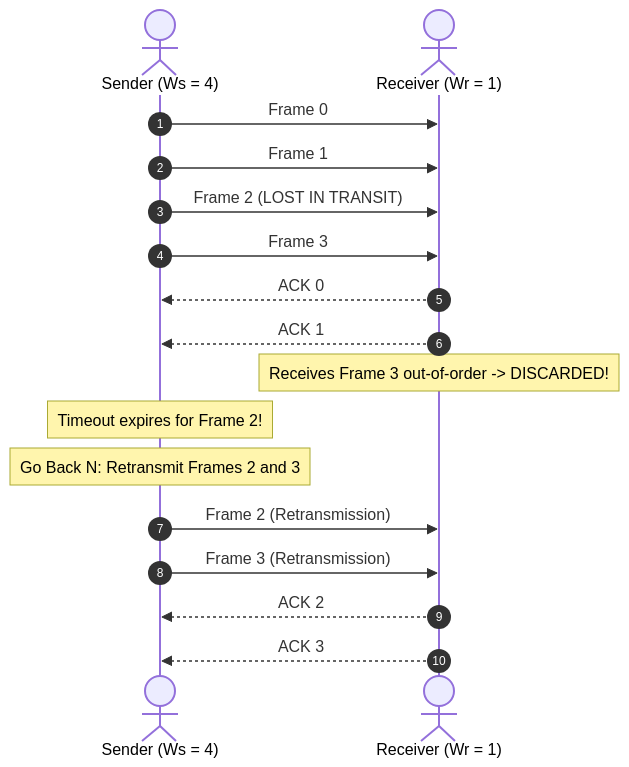
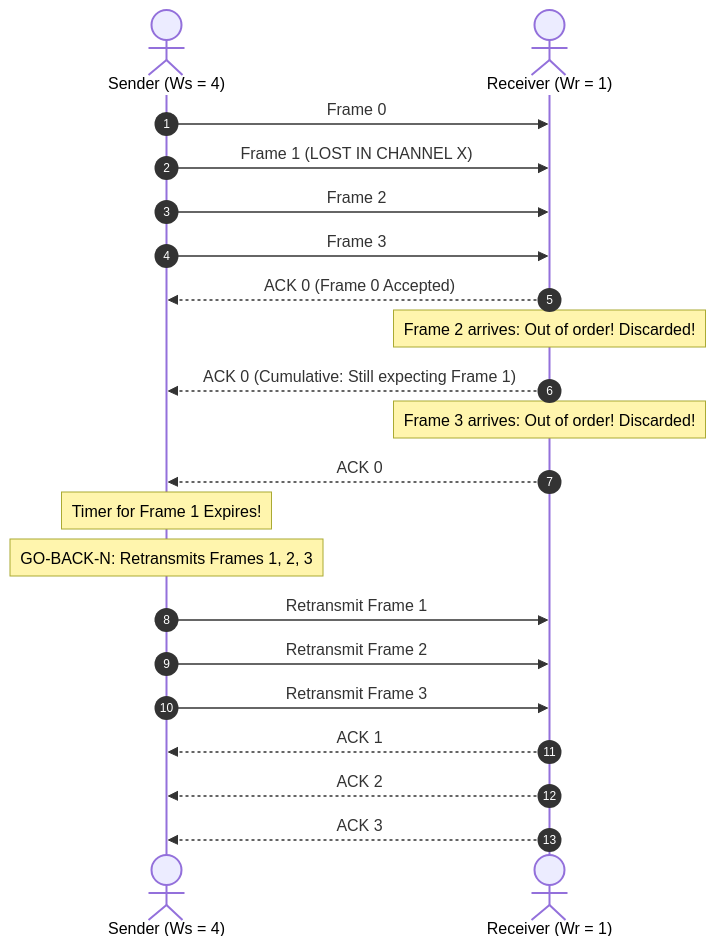
The fifth of 7 diagrams in notes/computer_networks/Chapter_3_Data_Link_Layer.md (DeepLumiere/DeepSkills), drawn with Mermaid before and after one commit. The commit also changed other lines of this file and 3 other files, not shown here.

````diff
--- a/notes/computer_networks/Chapter_3_Data_Link_Layer.md
+++ b/notes/computer_networks/Chapter_3_Data_Link_Layer.md
@@ -423,20 +495,26 @@
 ```mermaid
 sequenceDiagram
     autonumber
-    actor Sender as Sender (Ws = 4)
-    actor Receiver as Receiver (Wr = 1)
+    actor S as Sender (Ws = 4)
+    actor R as Receiver (Wr = 1)
+
+    S->>R: Frame 0
+    S->>R: Frame 1 (LOST IN CHANNEL X)
+    S->>R: Frame 2
+    S->>R: Frame 3
     
-    Sender->>Receiver: Frame 0
-    Sender->>Receiver: Frame 1
-    Sender->>Receiver: Frame 2 (LOST IN TRANSIT)
-    Sender->>Receiver: Frame 3
-    Receiver-->>Sender: ACK 0
-    Receiver-->>Sender: ACK 1
-    Note over Receiver: Receives Frame 3 out-of-order -> DISCARDED!
-    Note over Sender: Timeout expires for Frame 2!
-    Note over Sender: Go Back N: Retransmit Frames 2 and 3
-    Sender->>Receiver: Frame 2 (Retransmission)
-    Sender->>Receiver: Frame 3 (Retransmission)
-    Receiver-->>Sender: ACK 2
-    Receiver-->>Sender: ACK 3
+    R-->>S: ACK 0 (Frame 0 Accepted)
+    Note over R: Frame 2 arrives: Out of order! Discarded!
+    R-->>S: ACK 0 (Cumulative: Still expecting Frame 1)
+    Note over R: Frame 3 arrives: Out of order! Discarded!
+    R-->>S: ACK 0
+    
+    Note over S: Timer for Frame 1 Expires!
+    Note over S: GO-BACK-N: Retransmits Frames 1, 2, 3
+    S->>R: Retransmit Frame 1
+    S->>R: Retransmit Frame 2
+    S->>R: Retransmit Frame 3
+    R-->>S: ACK 1
+    R-->>S: ACK 2
+    R-->>S: ACK 3
 ```
````
